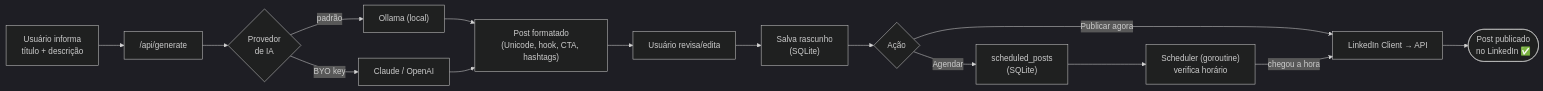
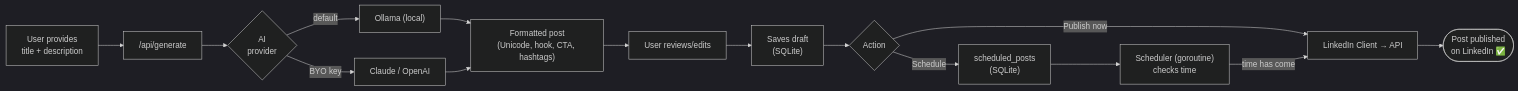
One commit to Vitor-andrade/linkedin-post-executor changed the diagram in docs/diagrams/data-flow.mmd. Above: the diagram before and after it, drawn with Mermaid (dark theme). The commit also changed 25 other files, not shown here.

```diff
--- a/docs/diagrams/data-flow.mmd
+++ b/docs/diagrams/data-flow.mmd
@@ -1,15 +1,15 @@
 flowchart LR
-    A["Usuário informa<br/>título + descrição"] --> B["/api/generate"]
-    B --> C{Provedor<br/>de IA}
-    C -->|padrão| D["Ollama (local)"]
+    A["User provides<br/>title + description"] --> B["/api/generate"]
+    B --> C{AI<br/>provider}
+    C -->|default| D["Ollama (local)"]
     C -->|BYO key| E["Claude / OpenAI"]
-    D --> F["Post formatado<br/>(Unicode, hook, CTA, hashtags)"]
+    D --> F["Formatted post<br/>(Unicode, hook, CTA, hashtags)"]
     E --> F
-    F --> G["Usuário revisa/edita"]
-    G --> H["Salva rascunho<br/>(SQLite)"]
-    H --> I{Ação}
-    I -->|Publicar agora| J["LinkedIn Client → API"]
-    I -->|Agendar| K["scheduled_posts<br/>(SQLite)"]
-    K --> L["Scheduler (goroutine)<br/>verifica horário"]
-    L -->|chegou a hora| J
-    J --> M(["Post publicado<br/>no LinkedIn ✅"])
+    F --> G["User reviews/edits"]
+    G --> H["Saves draft<br/>(SQLite)"]
+    H --> I{Action}
+    I -->|Publish now| J["LinkedIn Client → API"]
+    I -->|Schedule| K["scheduled_posts<br/>(SQLite)"]
+    K --> L["Scheduler (goroutine)<br/>checks time"]
+    L -->|time has come| J
+    J --> M(["Post published<br/>on LinkedIn ✅"])
```
